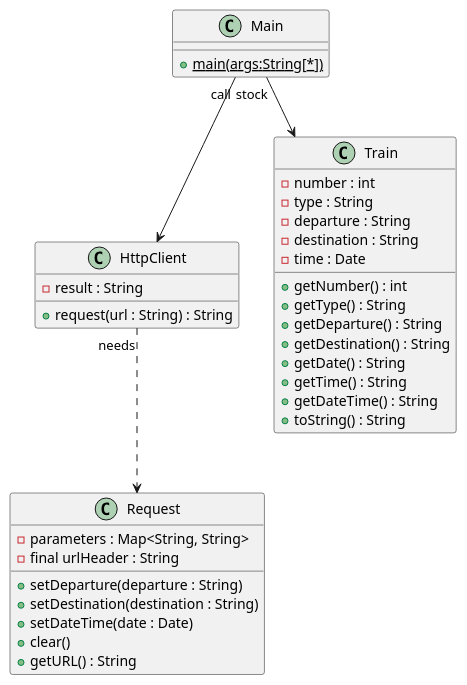
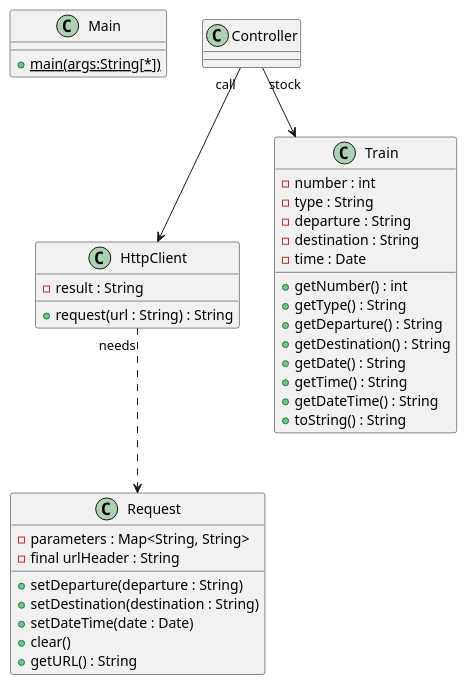
The diagram in uml/Class.puml (AegirVOD/tgvmax-lookup), drawn with PlantUML before and after one commit. The commit also changed 3 other files, not shown here.

```diff
--- a/uml/Class.puml
+++ b/uml/Class.puml
@@ -1,44 +1,47 @@
 @startuml
 'https://plantuml.com/class-diagram
 
 class Main {
 
     +{static}main(args:String[*])
+}
+
+class Controller {
 }
 
 class HttpClient {
     -result : String
     +request(url : String) : String
 }
 
 class Request {
     -parameters : Map<String, String>
     -final urlHeader : String
     +setDeparture(departure : String)
     +setDestination(destination : String)
     +setDateTime(date : Date)
     +clear()
     +getURL() : String
 }
 
 class Train {
     -number : int
     -type : String
     -departure : String
     -destination : String
     -time : Date
     +getNumber() : int
     +getType() : String
     +getDeparture() : String
     +getDestination() : String
     +getDate() : String
     +getTime() : String
     +getDateTime() : String
     +toString() : String
 }
 
 HttpClient "needs"..> Request
-Main "call"--> HttpClient
-Main "stock"--> Train
+Controller "call"--> HttpClient
+Controller "stock"--> Train
 
 @enduml
```
